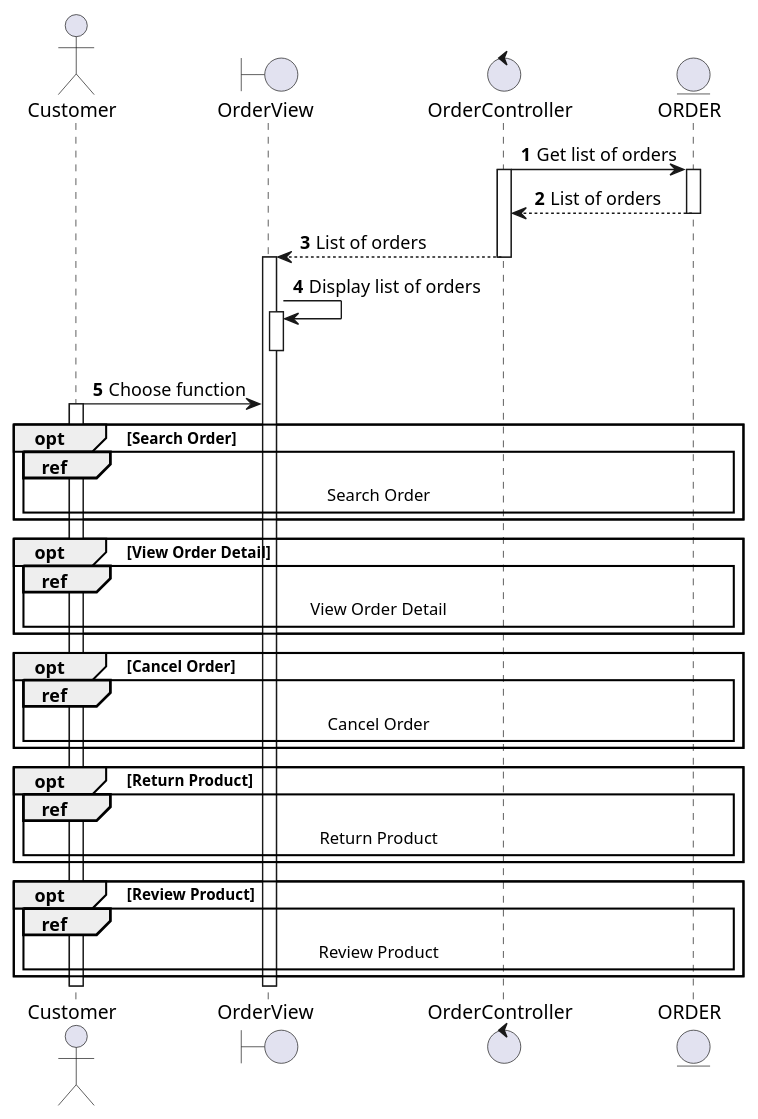
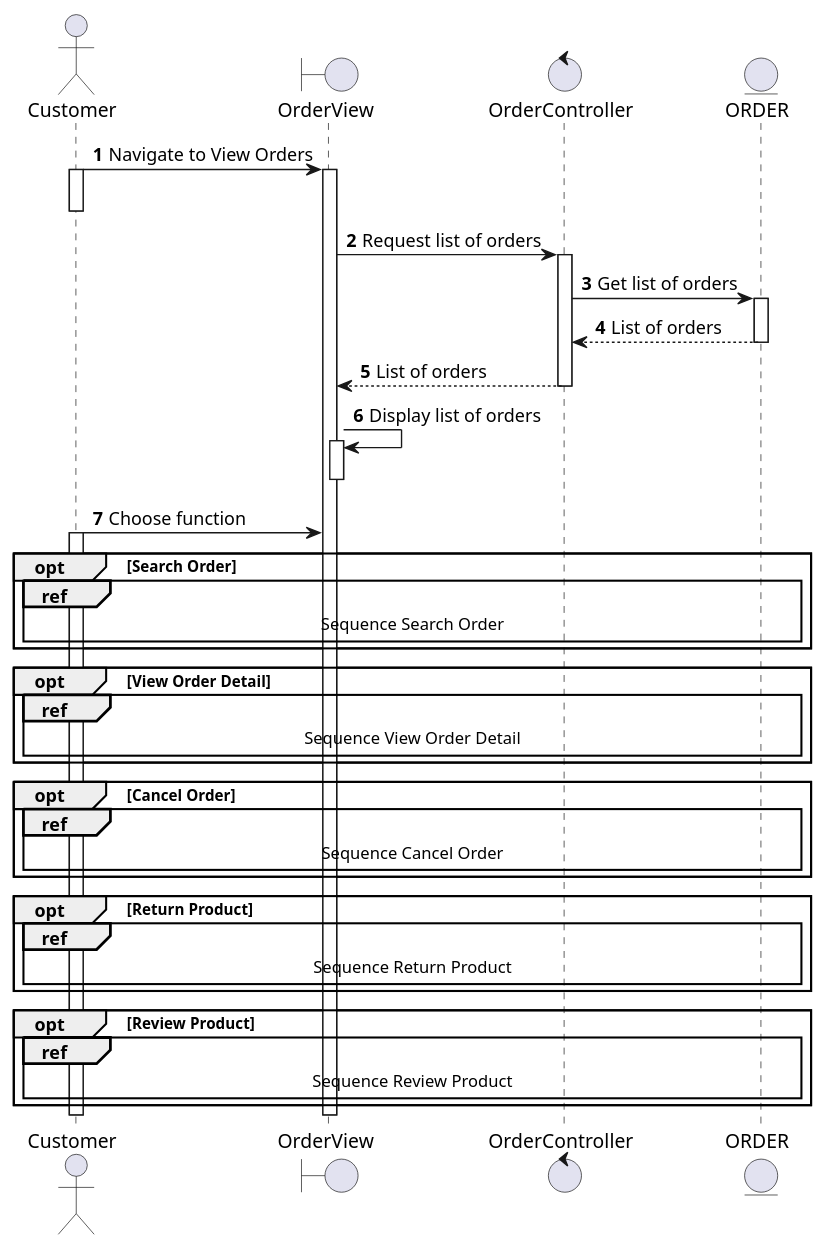
The diagram in docs/software-docs/sequence/view-order/view-order.md (electricilies/electricilies.github.io), drawn with PlantUML before and after one commit. The commit also changed 16 other files, not shown here.

Commit message:
refactor: sequence diagrams start from user side, and some minor

````diff
--- a/docs/software-docs/sequence/view-order/view-order.md
+++ b/docs/software-docs/sequence/view-order/view-order.md
@@ -3,48 +3,52 @@
 ```plantuml
 @startuml
 autonumber
 
 actor Customer as C
 boundary OrderView as OV
 control OrderController as OC
 entity ORDER as O
 
+C -> OV: Navigate to View Orders
+activate C
+activate OV
+deactivate C
+OV -> OC: Request list of orders
+activate OC
 OC -> O: Get list of orders
-activate OC
 activate O
 OC <-- O: List of orders
 deactivate O
 OV <-- OC: List of orders
 deactivate OC
-activate OV
 OV -> OV: Display list of orders
 activate OV
 deactivate OV
 
 C -> OV: Choose function
 activate C
 
 opt Search Order
-  ref over C, O: Search Order
+  ref over C, O: Sequence Search Order
 end
 
 opt View Order Detail
-  ref over C, O: View Order Detail
+  ref over C, O: Sequence View Order Detail
 end
 
 opt Cancel Order
-  ref over C, O: Cancel Order
+  ref over C, O: Sequence Cancel Order
 end
 
 opt Return Product
-  ref over C, O: Return Product
+  ref over C, O: Sequence Return Product
 end
 
 opt Review Product
-  ref over C, O: Review Product
+  ref over C, O: Sequence Review Product
 end
 
 deactivate OV
 deactivate C
 @enduml
 ```
````
